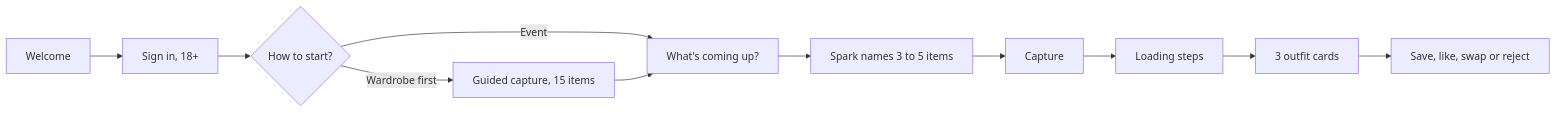
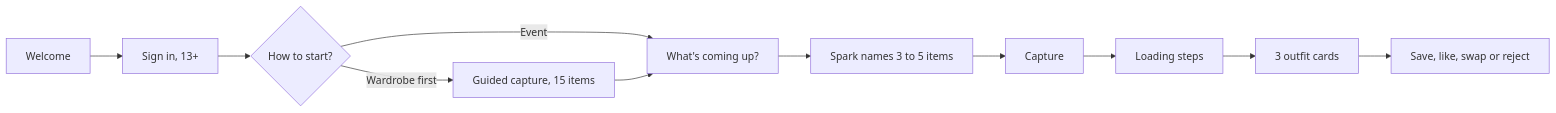
Before and after one commit to JambooDweep/ideation: the second of 4 diagrams in docs/ux/ux-decisions.md, drawn with Mermaid. The commit also changed other lines of this file and 7 other files, not shown here.

````diff
--- a/docs/ux/ux-decisions.md
+++ b/docs/ux/ux-decisions.md
@@ -134,13 +134,13 @@
 ```mermaid
 flowchart LR
-  A[Welcome] --> B[Sign in, 18+]
+  A[Welcome] --> B[Sign in, 13+]
   B --> C{How to start?}
   C -->|Event| D[What's coming up?]
   D --> E[Spark names 3 to 5 items]
   E --> F[Capture]
   F --> G[Loading steps]
   G --> H[3 outfit cards]
   H --> I[Save, like, swap or reject]
   C -->|Wardrobe first| J[Guided capture, 15 items]
   J --> D
 ```
````
